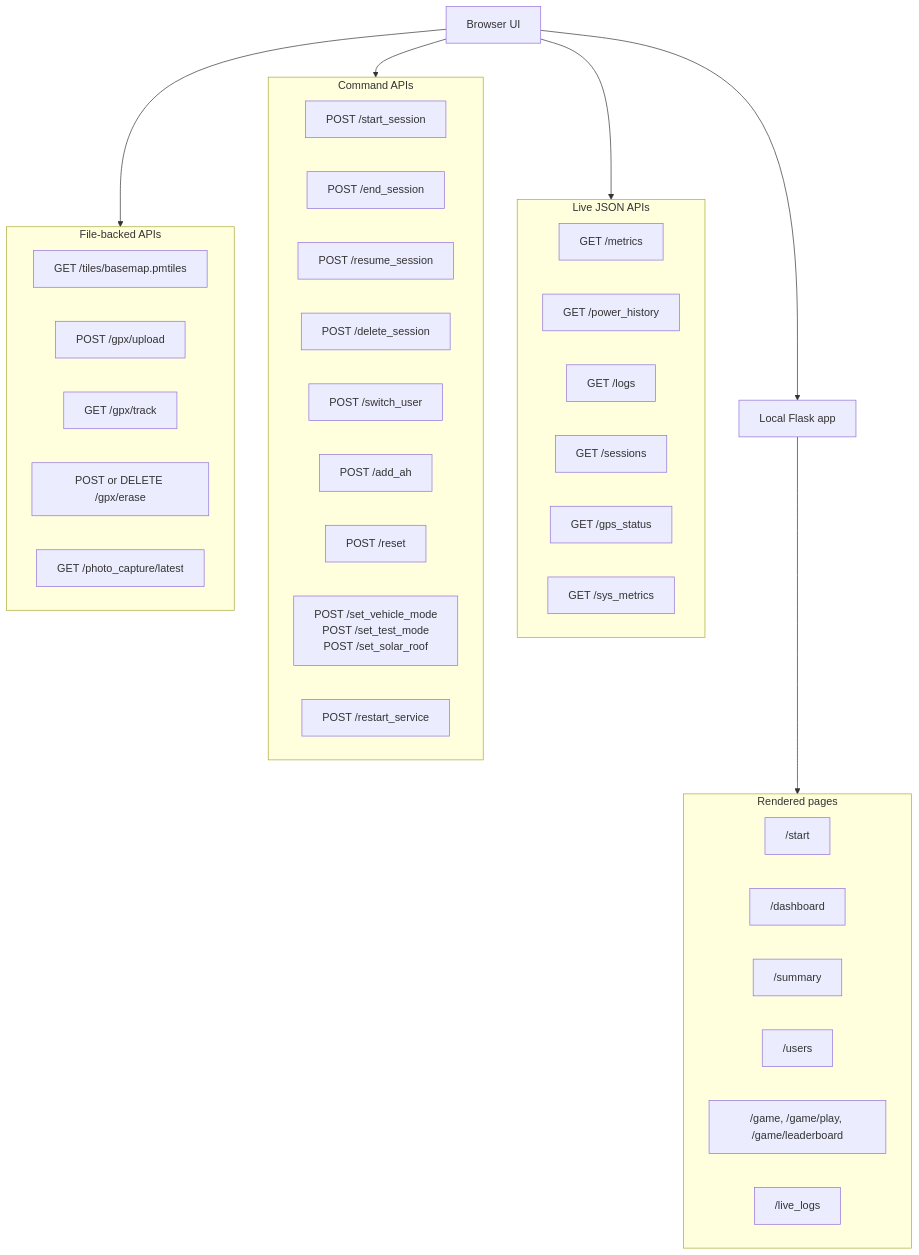
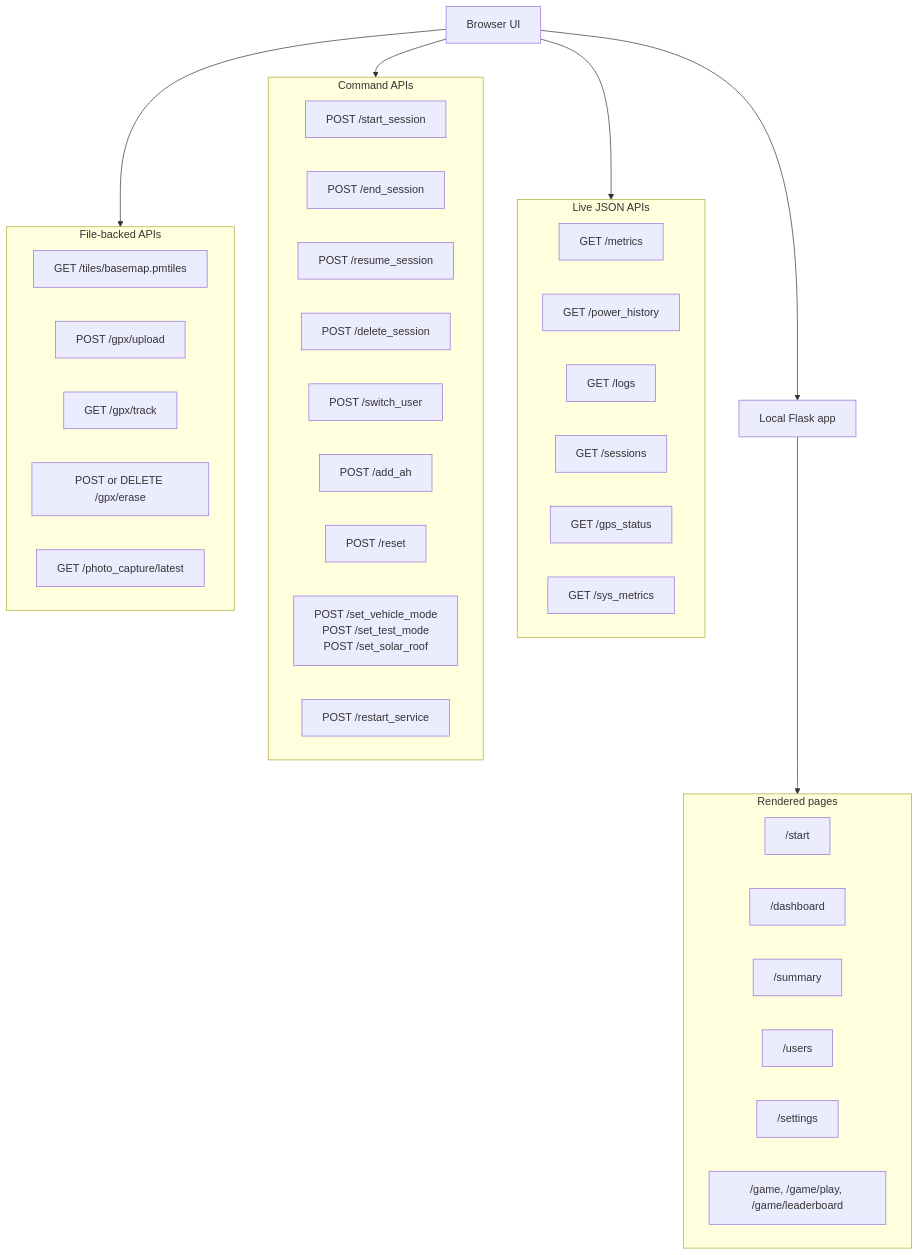
Before and after one commit to regenbox-team/Cycle-Analyst-App: the fourth of 4 diagrams in docs/solution_diagram.md, drawn with Mermaid. The commit also changed 16 other files, not shown here.

````diff
--- a/docs/solution_diagram.md
+++ b/docs/solution_diagram.md
@@ -196,49 +196,49 @@
 ```mermaid
 flowchart TB
     Browser["Browser UI"]
     Flask["Local Flask app"]
 
     subgraph Pages["Rendered pages"]
         Start["/start"]
         Dashboard["/dashboard"]
         Summary["/summary"]
         Users["/users"]
+        Settings["/settings"]
         Game["/game, /game/play, /game/leaderboard"]
-        LogsPage["/live_logs"]
     end
 
     subgraph LiveApis["Live JSON APIs"]
         Metrics["GET /metrics"]
         Power["GET /power_history"]
         Logs["GET /logs"]
         SessionsList["GET /sessions"]
         GPSStatus["GET /gps_status"]
         Sys["GET /sys_metrics"]
     end
 
     subgraph Commands["Command APIs"]
         StartSession["POST /start_session"]
         EndSession["POST /end_session"]
         Resume["POST /resume_session"]
         DeleteSession["POST /delete_session"]
         SwitchUser["POST /switch_user"]
         AddAh["POST /add_ah"]
         Reset["POST /reset"]
         Modes["POST /set_vehicle_mode<br/>POST /set_test_mode<br/>POST /set_solar_roof"]
         Restart["POST /restart_service"]
     end
 
     subgraph Files["File-backed APIs"]
         PMTilesRoute["GET /tiles/basemap.pmtiles"]
         GPXUpload["POST /gpx/upload"]
         GPXTrack["GET /gpx/track"]
         GPXErase["POST or DELETE /gpx/erase"]
         LatestPhoto["GET /photo_capture/latest"]
     end
 
     Browser --> Flask
     Flask --> Pages
     Browser --> LiveApis
     Browser --> Commands
     Browser --> Files
 ```
````
